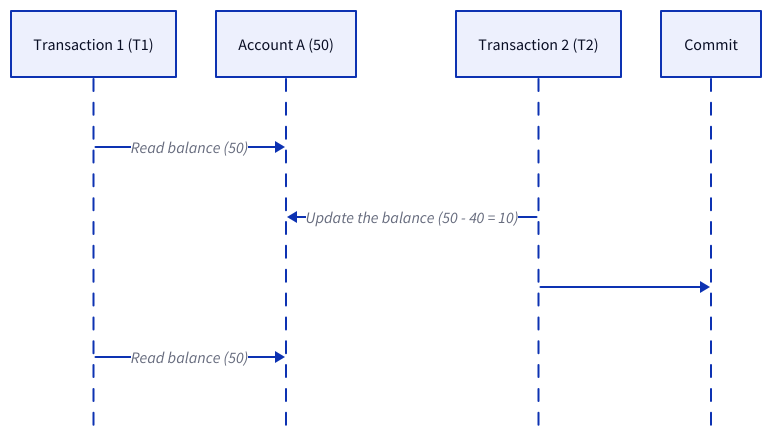
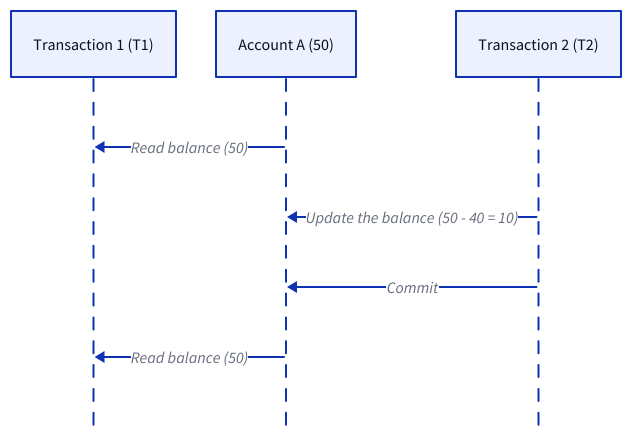
One commit to link1905/system-design-101 changed diagram 11 of 29 in content/docs/data-persistence/sql-database/concurrency-control.md. Above: the diagram before and after it, drawn with D2. The commit also changed other lines of this file and 40 other files, not shown here.

````diff
--- a/content/docs/data-persistence/sql-database/concurrency-control.md
+++ b/content/docs/data-persistence/sql-database/concurrency-control.md
@@ -364,11 +378,10 @@
 ```d2
-
 shape: sequence_diagram
 t1: Transaction 1 (T1)
 a: Account A (50)
 t2: Transaction 2 (T2)
-t1 -> a: Read balance (50)
+t1 <- a: Read balance (50)
 t2 -> a: Update the balance (50 - 40 = 10)
-t2 -> Commit
-t1 -> a: Read balance (50)
+t2 -> a: Commit
+t1 <- a: Read balance (50)
 ```
````
